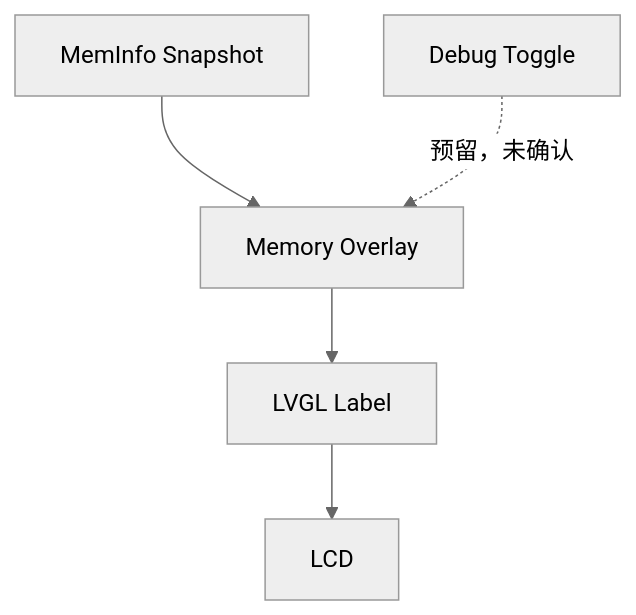
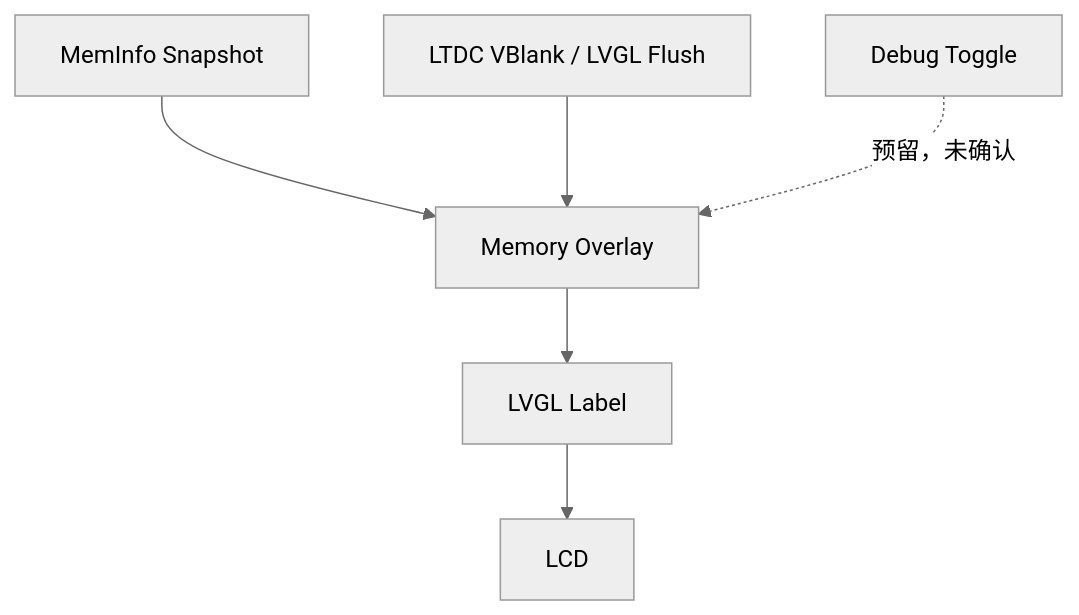
The diagram in Docs/debug/Memory_Overlay.md (ExMikuPro/cartdesk-os), drawn with Mermaid (neutral theme) before and after one commit. The commit also changed other lines of this file and 1 other file, not shown here.

````diff
--- a/Docs/debug/Memory_Overlay.md
+++ b/Docs/debug/Memory_Overlay.md
@@ -60,7 +67,8 @@
 ```mermaid
 flowchart TD
     MemInfo[MemInfo Snapshot] --> Overlay[Memory Overlay]
+    Display[LTDC VBlank / LVGL Flush] --> Overlay
     Overlay --> LVGL[LVGL Label]
     LVGL --> LCD[LCD]
     Input[Debug Toggle] -. 预留，未确认 .-> Overlay
 ```
````
